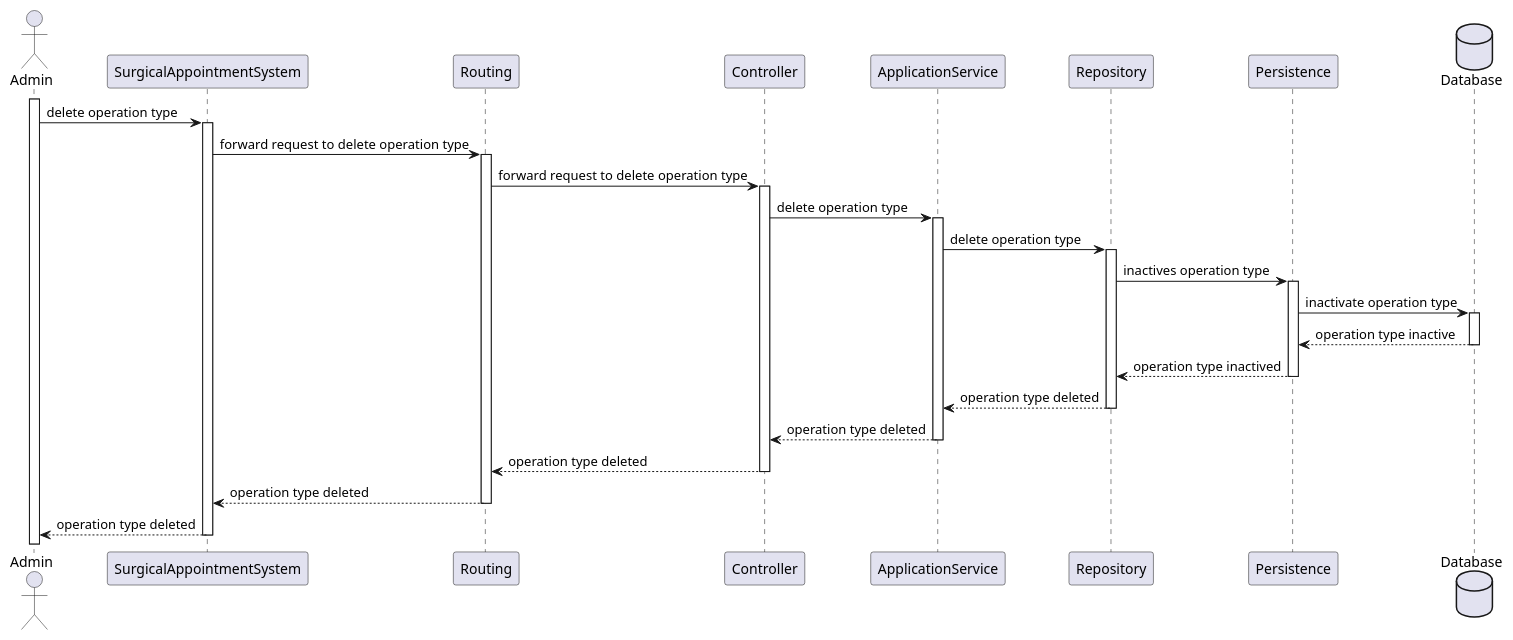
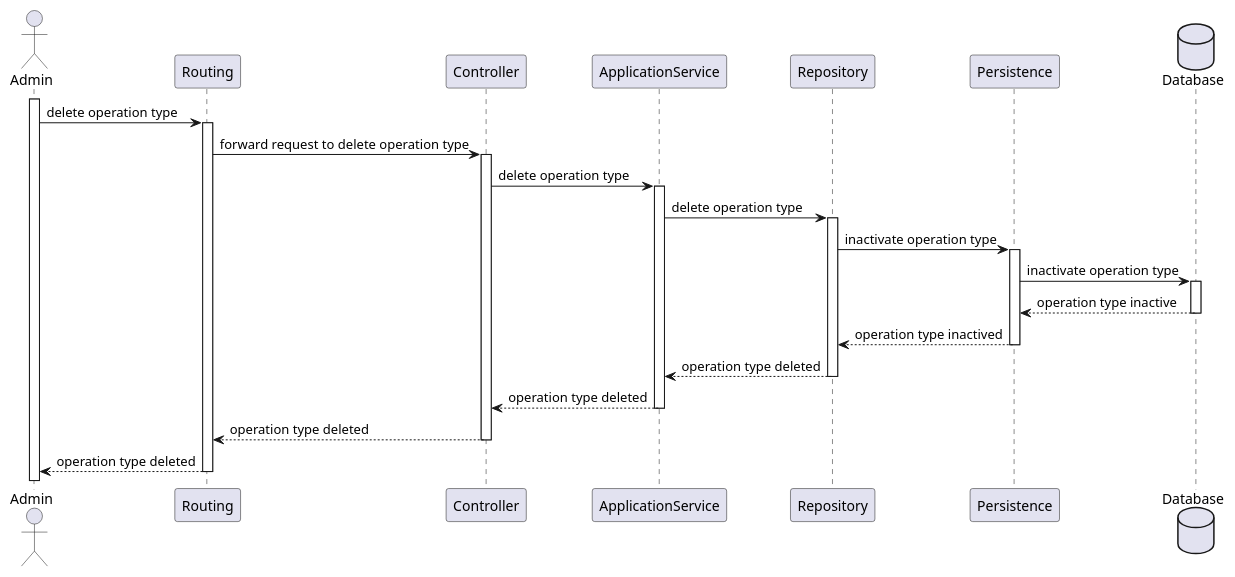
One commit to MateusCabral2004/sem5pi changed the diagram in docs/Sprint 1/US 5.1.22/SequenceDiagram/Level3/SequenceDiagram.puml. Above: the diagram before and after it, drawn with PlantUML. The commit also changed 6 other files, not shown here.

Commit message:
Small update to the diagrams

```diff
--- a/docs/Sprint 1/US 5.1.22/SequenceDiagram/Level3/SequenceDiagram.puml
+++ b/docs/Sprint 1/US 5.1.22/SequenceDiagram/Level3/SequenceDiagram.puml
@@ -1,51 +1,46 @@
 @startuml
 actor Admin
-participant SurgicalAppointmentSystem
 participant Routing
 participant Controller
 participant ApplicationService
 participant Repository
 participant Persistence
 database Database
 
 activate Admin
-Admin -> SurgicalAppointmentSystem: delete operation type
-activate SurgicalAppointmentSystem
+Admin -> Routing: delete operation type
+activate Routing
 
-SurgicalAppointmentSystem -> Routing: forward request to delete operation type
-activate Routing
 Routing -> Controller: forward request to delete operation type
 activate Controller
 
 Controller -> ApplicationService: delete operation type
 activate ApplicationService
 
 ApplicationService -> Repository: delete operation type
 activate Repository
-Repository -> Persistence: inactives operation type
+
+Repository -> Persistence: inactivate operation type
 activate Persistence
 
 Persistence -> Database: inactivate operation type
 activate Database
+
 Database --> Persistence: operation type inactive
 deactivate Database
 
 Persistence --> Repository: operation type inactived
 deactivate Persistence
 
 Repository --> ApplicationService: operation type deleted
 deactivate Repository
 
 ApplicationService --> Controller: operation type deleted
 deactivate ApplicationService
 
 Controller --> Routing: operation type deleted
 deactivate Controller
 
-Routing --> SurgicalAppointmentSystem: operation type deleted
+Routing --> Admin: operation type deleted
 deactivate Routing
-
-SurgicalAppointmentSystem --> Admin: operation type deleted
-
-deactivate SurgicalAppointmentSystem
 @enduml
```
